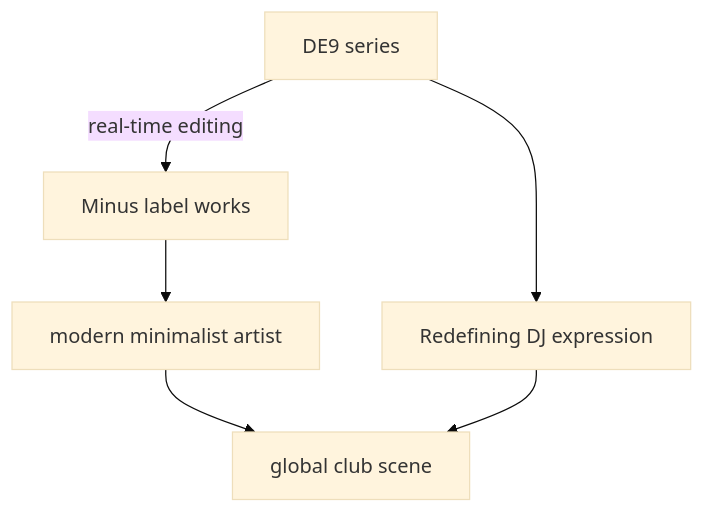
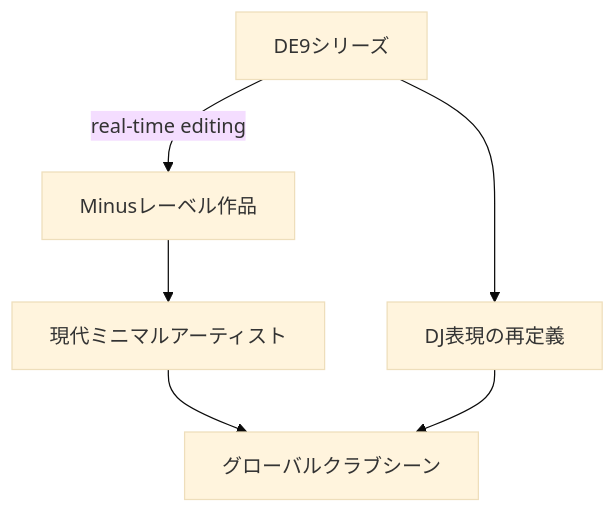
Before and after one commit to monumental-movement/monumental-movement.github.io: the first of 7 diagrams in en/_posts/2025-10-24-column-plastikman-richie-hawtin.md, drawn with Mermaid (base theme). The commit also changed other lines of this file and 2196 other files, not shown here.

```diff
--- a/en/_posts/2025-10-24-column-plastikman-richie-hawtin.md
+++ b/en/_posts/2025-10-24-column-plastikman-richie-hawtin.md
@@ -174,10 +173,10 @@
 <div class="mermaid">
 
 flowchart TD
-    A[DE9 series] -->|real-time editing| B[Minus label works]
-    B --> C[modern minimalist artist]
-    C --> D[global club scene]
-    A --> E[Redefining DJ expression]
+    A[DE9シリーズ] -->|real-time editing| B[Minusレーベル作品]
+    B --> C[現代ミニマルアーティスト]
+    C --> D[グローバルクラブシーン]
+    A --> E[DJ表現の再定義]
     E --> D
 
 </div>
```
